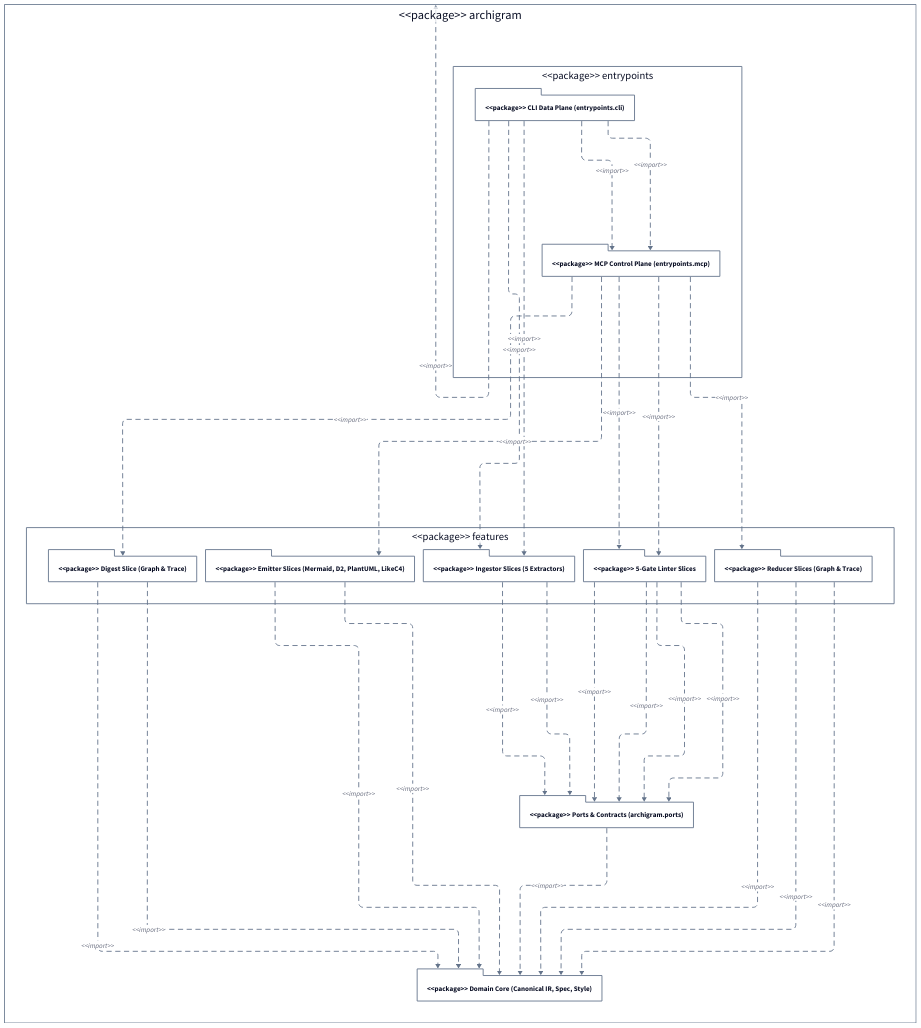
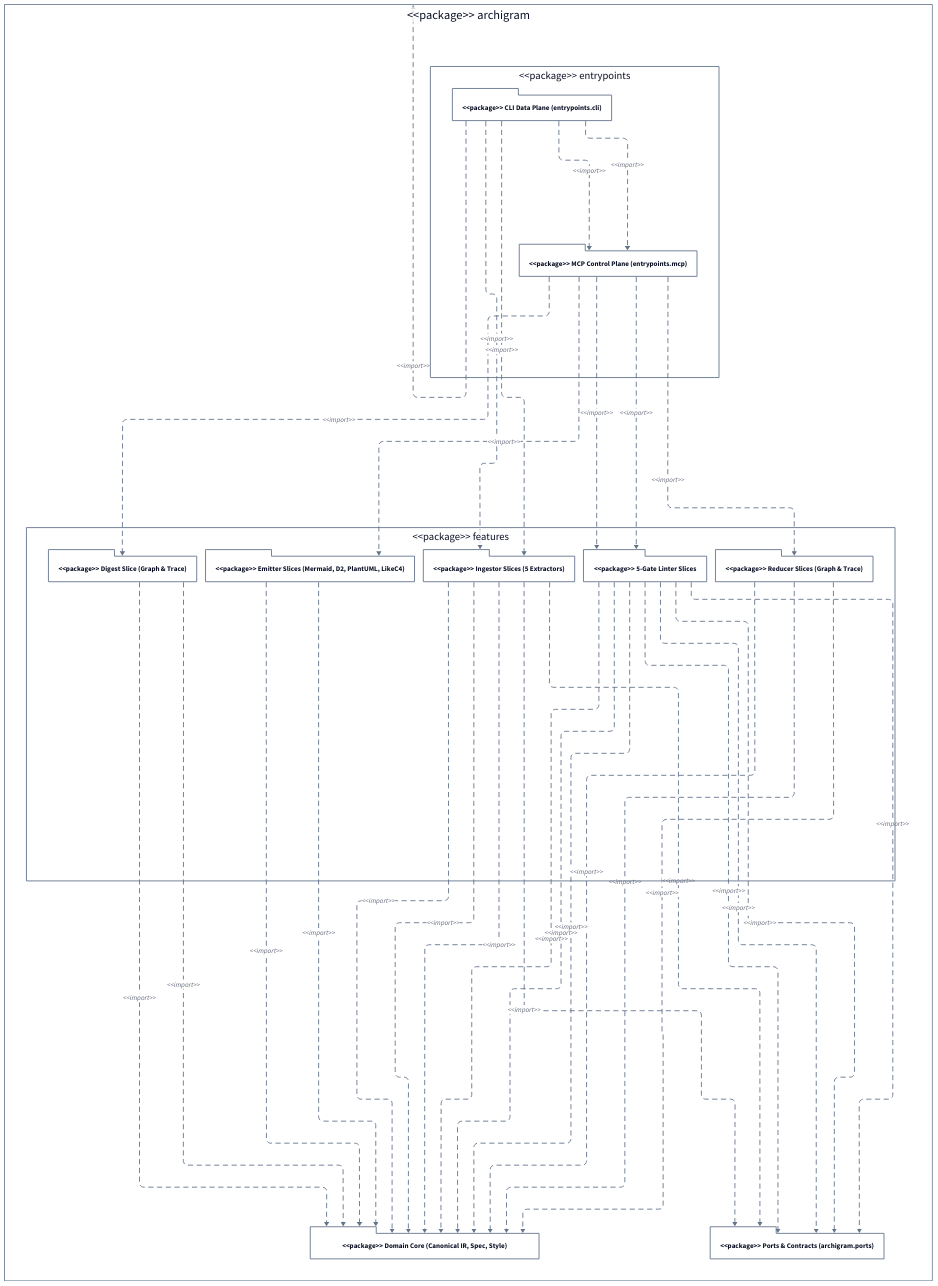
One commit to klcd/archigram changed the diagram in docs/architecture/diagrams/showcase_uml_package_d2.d2. Above: the diagram before and after it, drawn with D2. The commit also changed 39 other files, not shown here.

```diff
--- a/docs/architecture/diagrams/showcase_uml_package_d2.d2
+++ b/docs/architecture/diagrams/showcase_uml_package_d2.d2
@@ -1,163 +1,183 @@
 vars: {
   d2-config: {
     layout-engine: elk
     theme-id: 0
     dark-theme-id: 200
   }
 }
 style.fill: transparent
 
 direction: down
 archigram: "<<package>> archigram" {
   style.fill: transparent
   style.stroke: "#64748b"
   "archigram.entrypoints": "<<package>> entrypoints" {
     style.fill: transparent
     style.stroke: "#64748b"
     cli_dataplane: "<<package>> CLI Data Plane (entrypoints.cli)" {
       shape: package
       style.fill: transparent
       style.stroke: "#64748b"
     }
     mcp_controlplane: "<<package>> MCP Control Plane (entrypoints.mcp)" {
       shape: package
       style.fill: transparent
       style.stroke: "#64748b"
     }
   }
   "archigram.features": "<<package>> features" {
     style.fill: transparent
     style.stroke: "#64748b"
     feature_digest: "<<package>> Digest Slice (Graph & Trace)" {
       shape: package
       style.fill: transparent
       style.stroke: "#64748b"
     }
     feature_emitters: "<<package>> Emitter Slices (Mermaid, D2, PlantUML, LikeC4)" {
       shape: package
       style.fill: transparent
       style.stroke: "#64748b"
     }
     feature_ingestors: "<<package>> Ingestor Slices (5 Extractors)" {
       shape: package
       style.fill: transparent
       style.stroke: "#64748b"
     }
     feature_linters: "<<package>> 5-Gate Linter Slices" {
       shape: package
       style.fill: transparent
       style.stroke: "#64748b"
     }
     feature_reducers: "<<package>> Reducer Slices (Graph & Trace)" {
       shape: package
       style.fill: transparent
       style.stroke: "#64748b"
     }
   }
   domain_core: "<<package>> Domain Core (Canonical IR, Spec, Style)" {
     shape: package
     style.fill: transparent
     style.stroke: "#64748b"
   }
   ports_contracts: "<<package>> Ports & Contracts (archigram.ports)" {
     shape: package
     style.fill: transparent
     style.stroke: "#64748b"
   }
 }
 archigram."archigram.entrypoints".cli_dataplane -> archigram: "<<import>>" {
   style.stroke: "#64748b"
   style.stroke-dash: 5
 }
 archigram."archigram.entrypoints".mcp_controlplane -> archigram."archigram.features".feature_digest: "<<import>>" {
   style.stroke: "#64748b"
   style.stroke-dash: 5
 }
+archigram."archigram.features".feature_linters -> archigram.domain_core: "<<import>>" {
+  style.stroke: "#64748b"
+  style.stroke-dash: 5
+}
+archigram."archigram.features".feature_ingestors -> archigram.domain_core: "<<import>>" {
+  style.stroke: "#64748b"
+  style.stroke-dash: 5
+}
 archigram."archigram.features".feature_emitters -> archigram.domain_core: "<<import>>" {
   style.stroke: "#64748b"
   style.stroke-dash: 5
 }
 archigram."archigram.features".feature_digest -> archigram.domain_core: "<<import>>" {
   style.stroke: "#64748b"
   style.stroke-dash: 5
 }
-archigram."archigram.features".feature_reducers -> archigram.domain_core: "<<import>>" {
+archigram."archigram.features".feature_linters -> archigram.domain_core: "<<import>>" {
   style.stroke: "#64748b"
   style.stroke-dash: 5
 }
-archigram.ports_contracts -> archigram.domain_core: "<<import>>" {
+archigram."archigram.features".feature_reducers -> archigram.domain_core: "<<import>>" {
   style.stroke: "#64748b"
   style.stroke-dash: 5
 }
 archigram."archigram.features".feature_reducers -> archigram.domain_core: "<<import>>" {
   style.stroke: "#64748b"
   style.stroke-dash: 5
 }
 archigram."archigram.features".feature_reducers -> archigram.domain_core: "<<import>>" {
   style.stroke: "#64748b"
   style.stroke-dash: 5
 }
 archigram."archigram.features".feature_emitters -> archigram.domain_core: "<<import>>" {
   style.stroke: "#64748b"
   style.stroke-dash: 5
 }
 archigram."archigram.features".feature_digest -> archigram.domain_core: "<<import>>" {
+  style.stroke: "#64748b"
+  style.stroke-dash: 5
+}
+archigram."archigram.features".feature_ingestors -> archigram.domain_core: "<<import>>" {
+  style.stroke: "#64748b"
+  style.stroke-dash: 5
+}
+archigram."archigram.features".feature_linters -> archigram.domain_core: "<<import>>" {
+  style.stroke: "#64748b"
+  style.stroke-dash: 5
+}
+archigram."archigram.features".feature_ingestors -> archigram.domain_core: "<<import>>" {
   style.stroke: "#64748b"
   style.stroke-dash: 5
 }
 archigram."archigram.entrypoints".mcp_controlplane -> archigram."archigram.features".feature_emitters: "<<import>>" {
   style.stroke: "#64748b"
   style.stroke-dash: 5
 }
 archigram."archigram.entrypoints".cli_dataplane -> archigram."archigram.features".feature_ingestors: "<<import>>" {
   style.stroke: "#64748b"
   style.stroke-dash: 5
 }
 archigram."archigram.entrypoints".cli_dataplane -> archigram."archigram.features".feature_ingestors: "<<import>>" {
   style.stroke: "#64748b"
   style.stroke-dash: 5
 }
 archigram."archigram.entrypoints".mcp_controlplane -> archigram."archigram.features".feature_linters: "<<import>>" {
   style.stroke: "#64748b"
   style.stroke-dash: 5
 }
 archigram."archigram.entrypoints".mcp_controlplane -> archigram."archigram.features".feature_linters: "<<import>>" {
   style.stroke: "#64748b"
   style.stroke-dash: 5
 }
 archigram."archigram.entrypoints".cli_dataplane -> archigram."archigram.entrypoints".mcp_controlplane: "<<import>>" {
   style.stroke: "#64748b"
   style.stroke-dash: 5
 }
 archigram."archigram.entrypoints".cli_dataplane -> archigram."archigram.entrypoints".mcp_controlplane: "<<import>>" {
   style.stroke: "#64748b"
   style.stroke-dash: 5
 }
 archigram."archigram.features".feature_ingestors -> archigram.ports_contracts: "<<import>>" {
   style.stroke: "#64748b"
   style.stroke-dash: 5
 }
 archigram."archigram.features".feature_linters -> archigram.ports_contracts: "<<import>>" {
   style.stroke: "#64748b"
   style.stroke-dash: 5
 }
 archigram."archigram.features".feature_linters -> archigram.ports_contracts: "<<import>>" {
   style.stroke: "#64748b"
   style.stroke-dash: 5
 }
 archigram."archigram.features".feature_linters -> archigram.ports_contracts: "<<import>>" {
   style.stroke: "#64748b"
   style.stroke-dash: 5
 }
 archigram."archigram.features".feature_ingestors -> archigram.ports_contracts: "<<import>>" {
   style.stroke: "#64748b"
   style.stroke-dash: 5
 }
 archigram."archigram.features".feature_linters -> archigram.ports_contracts: "<<import>>" {
   style.stroke: "#64748b"
   style.stroke-dash: 5
 }
 archigram."archigram.entrypoints".mcp_controlplane -> archigram."archigram.features".feature_reducers: "<<import>>" {
   style.stroke: "#64748b"
   style.stroke-dash: 5
 }
```
